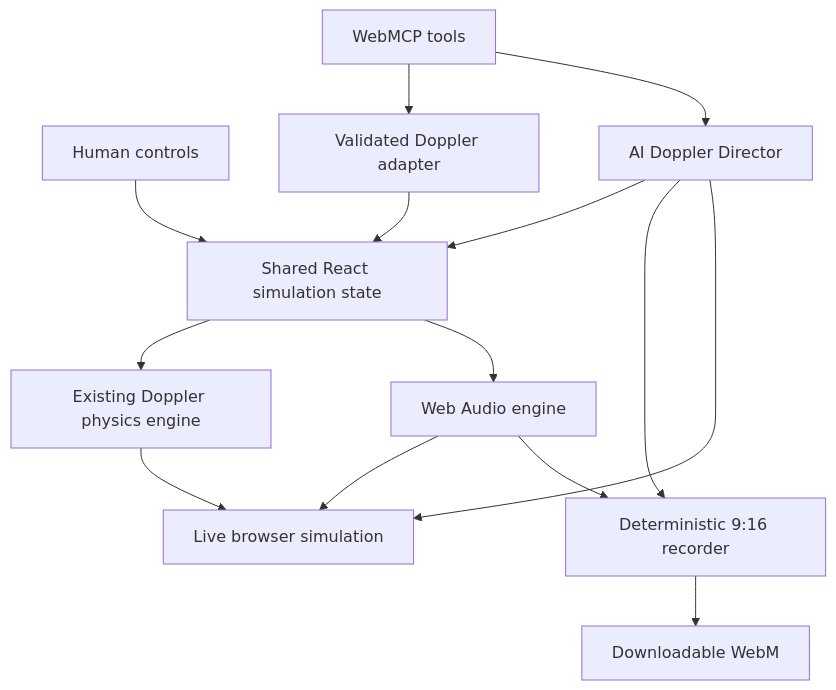
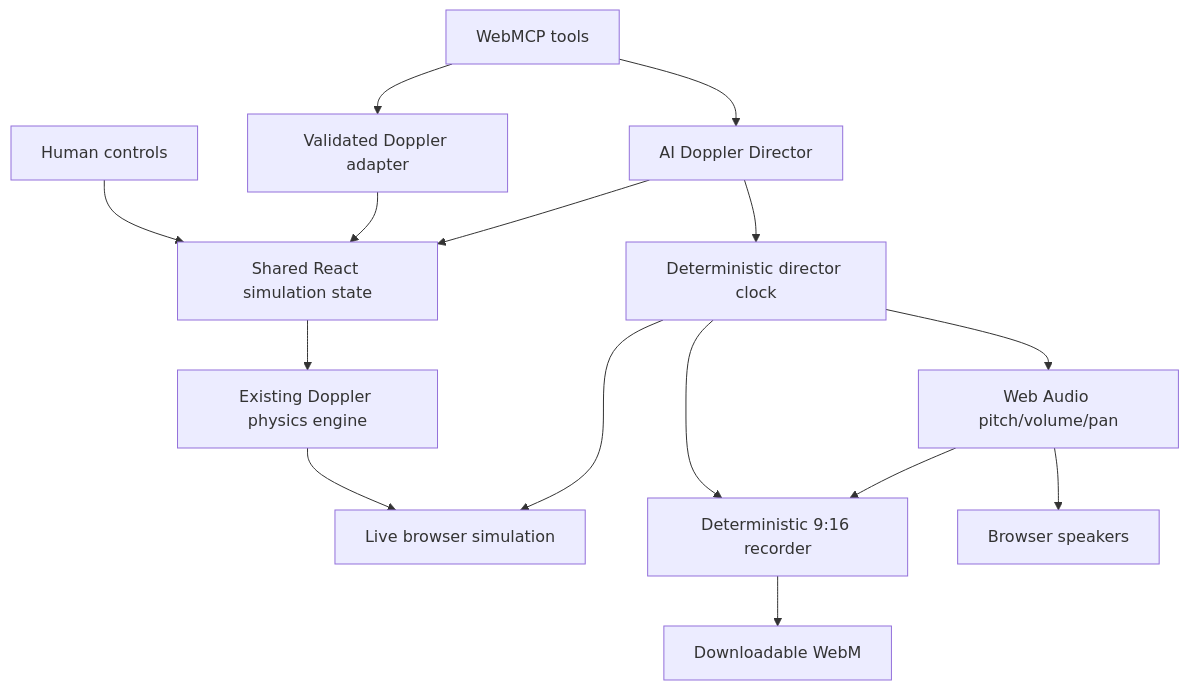
The diagram in docs/hackathon/webmcp/ARCHITECTURE.md (amin076/science-web-lab), drawn with Mermaid before and after one commit. The commit also changed other lines of this file and 7 other files, not shown here.

````diff
--- a/docs/hackathon/webmcp/ARCHITECTURE.md
+++ b/docs/hackathon/webmcp/ARCHITECTURE.md
@@ -7,16 +7,17 @@
 ```mermaid
 flowchart TD
   H[Human controls] --> S[Shared React simulation state]
   W[WebMCP tools] --> A[Validated Doppler adapter]
   A --> S
   S --> P[Existing Doppler physics engine]
   P --> L[Live browser simulation]
   W --> D[AI Doppler Director]
   D --> S
-  D --> R[Deterministic 9:16 recorder]
-  S --> AU[Web Audio engine]
-  AU --> L
+  D --> C[Deterministic director clock]
+  C --> L
+  C --> AU[Web Audio pitch/volume/pan]
+  C --> R[Deterministic 9:16 recorder]
+  AU --> SP[Browser speakers]
   AU --> R
-  D --> L
   R --> O[Downloadable WebM]
 ```
````
